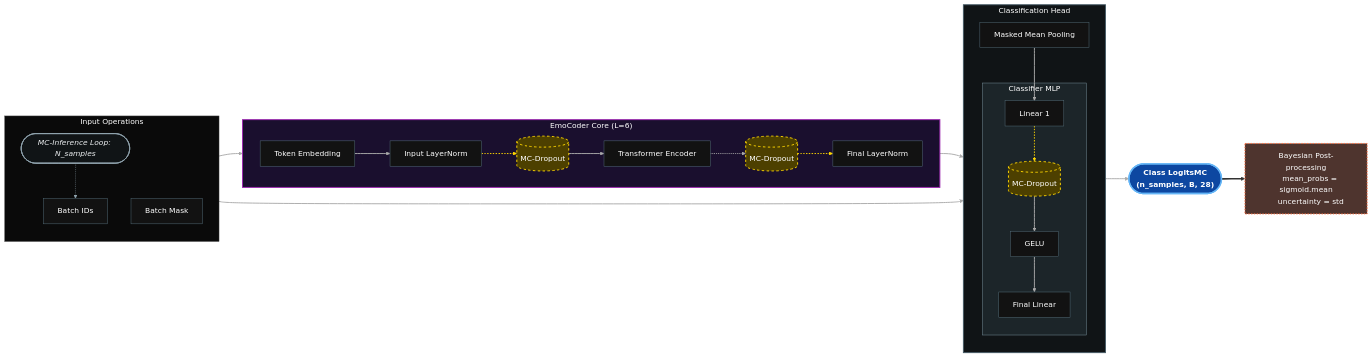
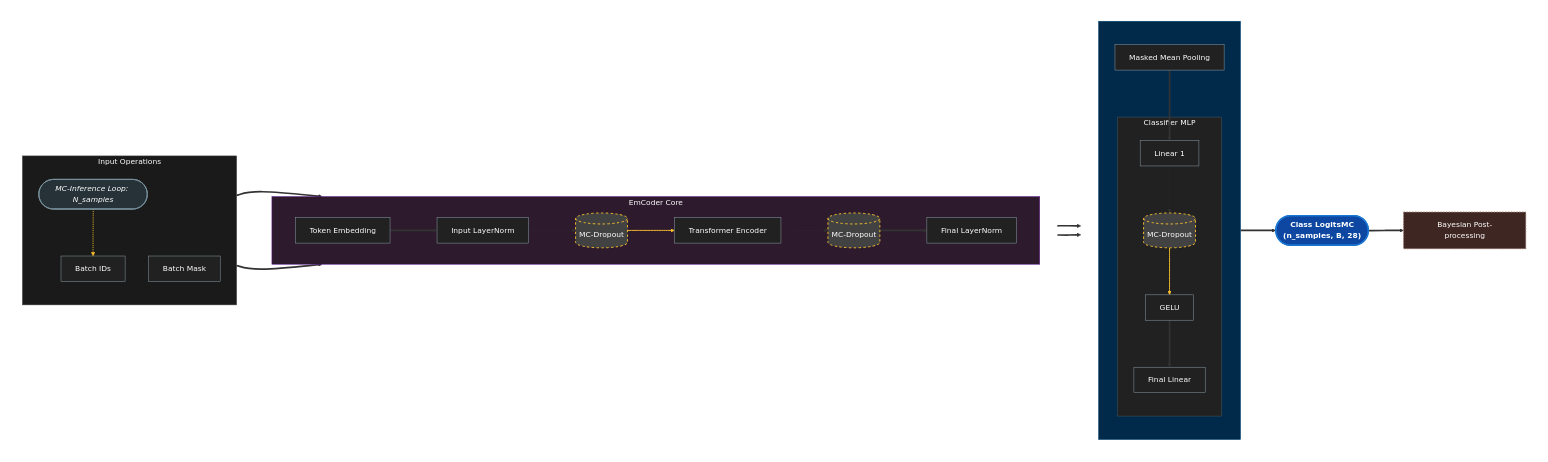
The first of 2 diagrams in README.md (yezdata/emcoder_train), drawn with Mermaid before and after one commit. The commit also changed other lines of this file and 74 other files, not shown here.

````diff
--- a/README.md
+++ b/README.md
@@ -2,68 +26,88 @@
 ```mermaid
-graph LR
-    classDef MCD fill:#4d4000,stroke:#ffd700,stroke-width:2px,stroke-dasharray: 5 5,color:#fff;
-    classDef OutNode fill:#0d47a1,stroke:#64b5f6,stroke-width:3px,color:#fff,font-weight:bold;
-    classDef BayesNode fill:#4e342e,stroke:#ff7043,stroke-width:2px,stroke-dasharray: 3 3,color:#fff;
-    classDef LoopNode fill:#101416,stroke:#90a4ae,stroke-width:2px,color:#eceff1,font-style:italic;
+flowchart LR
 
-    subgraph InputGroup ["Input Operations"]
-        direction TB
-        ids[Batch IDs]:::DarkNode
-        mask[Batch Mask]:::DarkNode
-        MCD_Loop(["MC-Inference Loop: N_samples"]):::LoopNode
-    end
+subgraph InputGroup["Input Operations"]
+    direction TB
+    MCD_Loop(["MC-Inference Loop: N_samples"]):::LoopNode
+    ids["Batch IDs"]
+    mask["Batch Mask"]
+end
 
-    subgraph EmCoderCore ["EmoCoder Core (L=6)"]
-        direction LR
-        tok_emb["Token Embedding"]:::DarkNode
-        Transformer["Transformer Encoder"]:::DarkNode
-        final_norm["Final LayerNorm"]:::DarkNode
-        
-        ids ==> tok_emb
-        tok_emb ==> ln_in["Input LayerNorm"]:::DarkNode
-        
-        ln_in -.-> Dropout1[("`MC-Dropout`")]:::MCD
-        Dropout1 ==> Transformer
-        Transformer -.-> Dropout2[("`MC-Dropout`")]:::MCD
-        Dropout2 ==> final_norm
-    end
+subgraph EmCoderCore["EmCoder Core"]
+    direction LR
+    tok_emb["Token Embedding"]
+    ln_in["Input LayerNorm"]
+    Transformer["Transformer Encoder"]
+    final_norm["Final LayerNorm"]
+    Dropout1[("MC-Dropout")]
+    Dropout2[("MC-Dropout")]
+end
 
-    subgraph ClassifierHead ["Classification Head"]
-        direction TB
-        pool["Masked Mean Pooling"]:::DarkNode
-        
-        subgraph MLP ["Classifier MLP"]
-            L_lin["Linear 1"]:::DarkNode
-            Dropout3[("`MC-Dropout`")]:::MCD
-            GELU[GELU]:::DarkNode
-            F_lin["Final Linear"]:::DarkNode
-        end
-    end
+subgraph Row1[" "]
+    direction LR
+    InputGroup
+    EmCoderCore
+end
 
-    MCD_Loop -.-> ids
-    final_norm ==> pool
-    mask ==> pool
-    pool ==> L_lin
-    L_lin -.-> Dropout3
-    Dropout3 ==> GELU
-    GELU ==> F_lin
+subgraph MLP["Classifier MLP"]
+    L_lin["Linear 1"]
+    Dropout3[("MC-Dropout")]
+    GELU["GELU"]
+    F_lin["Final Linear"]
+end
 
-    F_lin ==> Out(["Class LogitsMC
-    (n_samples, B, 28)"]):::OutNode
-    
-    Out ==> Avg["Bayesian Post-processing
-    mean_probs = sigmoid.mean
-    uncertainty = std"]:::BayesNode
+subgraph ClassifierHead[" "]
+    direction TB
+    pool["Masked Mean Pooling"]
+    MLP
+end
 
-    %% --- DARK THEME STYLING ---
-    classDef DarkNode fill:#121212,stroke:#546e7a,color:#fff;
-    
-    style EmCoderCore fill:#1a0f2e,stroke:#9c27b0,stroke-width:2px,color:#fff
-    style ClassifierHead fill:#101416,stroke:#455a64,stroke-width:2px,color:#fff
-    style InputGroup fill:#0a0a0a,stroke:#424242,stroke-width:1px,color:#fff
-    style MLP fill:#1c2529,stroke:#78909c,color:#fff
+subgraph Row2[" "]
+    direction LR
+    ClassifierHead
+    Out(["Class LogitsMC
+    (n_samples, B, 28)"])
 
-    linkStyle 0,1,3,4,7,8,9,11,12,13 stroke:#aaa,stroke-width:2px;
-    linkStyle 2,5,10 stroke:#ffd700,stroke-width:2px,stroke-dasharray: 3 3;
-    linkStyle 6 stroke:#90a4ae,stroke-width:1px,stroke-dasharray: 2 2;
+    Avg["Bayesian Post-processing"]
+end
+
+tok_emb ==> ln_in
+ln_in -.-> Dropout1
+Dropout1 ==> Transformer
+Transformer -.-> Dropout2
+Dropout2 ==> final_norm
+MCD_Loop -.-> ids
+ids ==> tok_emb
+final_norm ==> pool
+mask ==> pool
+pool ==> L_lin
+L_lin -.-> Dropout3
+Dropout3 ==> GELU
+GELU ==> F_lin
+F_lin ==> Out
+Out ==> Avg
+mask ==> Transformer
+
+classDef MCD fill:#424242,stroke:#fbc02d,stroke-width:2px,stroke-dasharray: 5 5,color:#fff
+classDef OutNode fill:#0d47a1,stroke:#1976d2,stroke-width:3px,color:#fff,font-weight:bold
+classDef BayesNode fill:#3e2723,stroke:#8d6e63,stroke-width:2px,stroke-dasharray: 3 3,color:#fff
+classDef LoopNode fill:#263238,stroke:#78909c,stroke-width:2px,color:#fff,font-style:italic
+classDef LightNode fill:#212121,stroke:#90a4ae,color:#fff
+
+class MCD_Loop LoopNode
+class ids,mask,tok_emb,ln_in,Transformer,final_norm,L_lin,GELU,F_lin,pool LightNode
+class Dropout1,Dropout2,Dropout3 MCD
+class Out OutNode
+class Avg BayesNode
+
+style InputGroup fill:#1a1a1a,stroke:#444,color:#fff
+style EmCoderCore fill:#2d1a2d,stroke:#6a1b9a,color:#fff
+style MLP fill:#212121,stroke:#455a64,color:#fff
+style ClassifierHead fill:#012a4a,stroke:#01497c,color:#fff
+style Row1 fill:none,stroke:none
+style Row2 fill:none,stroke:none
+
+linkStyle 2 stroke:#fbc02d,stroke-width:2px,fill:none
+linkStyle 5 stroke:#fbc02d,stroke-width:2px,fill:none
+linkStyle 11 stroke:#fbc02d,stroke-width:2px,fill:none
 ```
````
